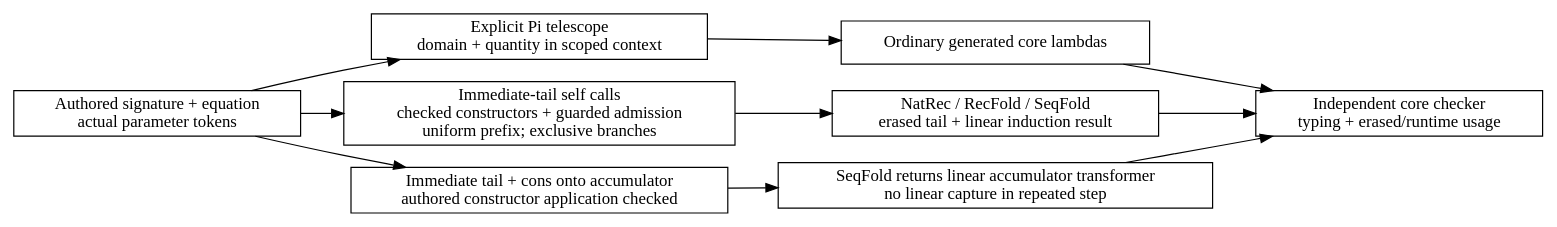
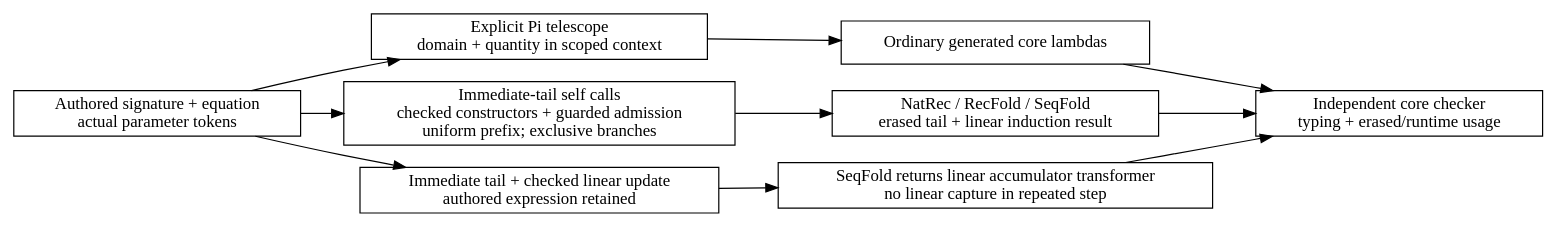
One commit to odunboye/fibril changed the diagram in docs/diagrams/function-equations.dot. Above: the diagram before and after it, drawn with Graphviz. The commit also changed 8 other files, not shown here.

Commit message:
Preserve checked accumulator updates in structural folds

```diff
--- a/docs/diagrams/function-equations.dot
+++ b/docs/diagrams/function-equations.dot
@@ -1,15 +1,15 @@
 digraph FunctionEquations {
   rankdir=LR;
   node [shape=box];
   source [label="Authored signature + equation\nactual parameter tokens"];
   pi [label="Explicit Pi telescope\ndomain + quantity in scoped context"];
   body [label="Ordinary generated core lambdas"];
   structural [label="Immediate-tail self calls\nchecked constructors + guarded admission\nuniform prefix; exclusive branches"];
   fold [label="NatRec / RecFold / SeqFold\nerased tail + linear induction result"];
-  accumulator [label="Immediate tail + cons onto accumulator\nauthored constructor application checked"];
+  accumulator [label="Immediate tail + checked linear update\nauthored expression retained"];
   continuation [label="SeqFold returns linear accumulator transformer\nno linear capture in repeated step"];
   check [label="Independent core checker\ntyping + erased/runtime usage"];
   source -> pi -> body -> check;
   source -> structural -> fold -> check;
   source -> accumulator -> continuation -> check;
 }
```
